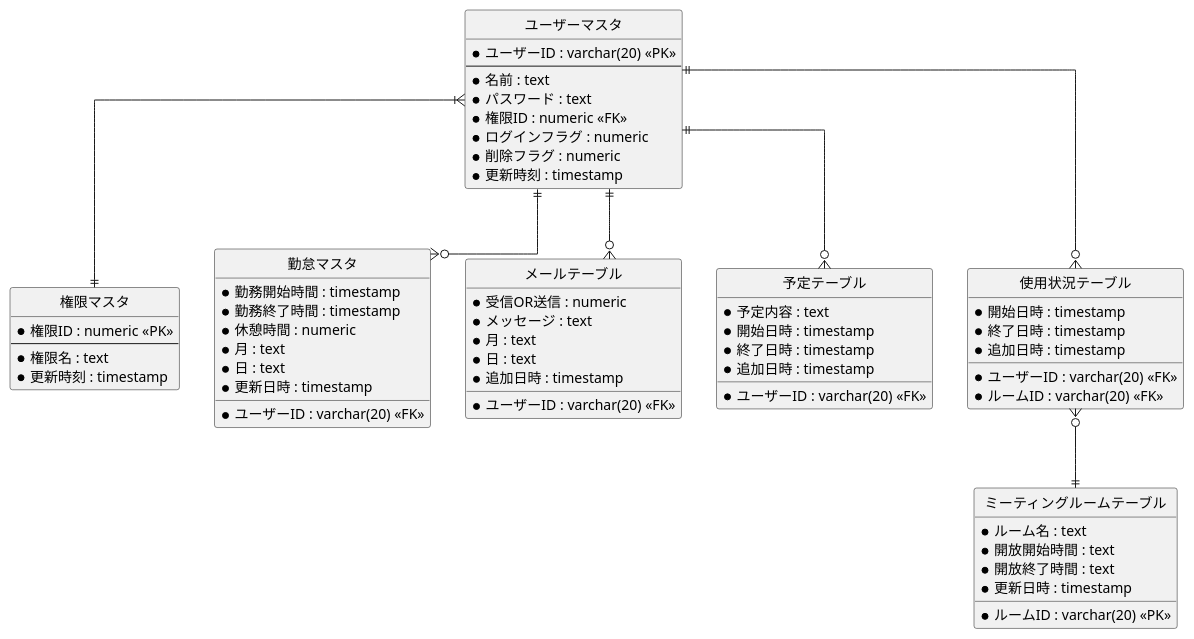
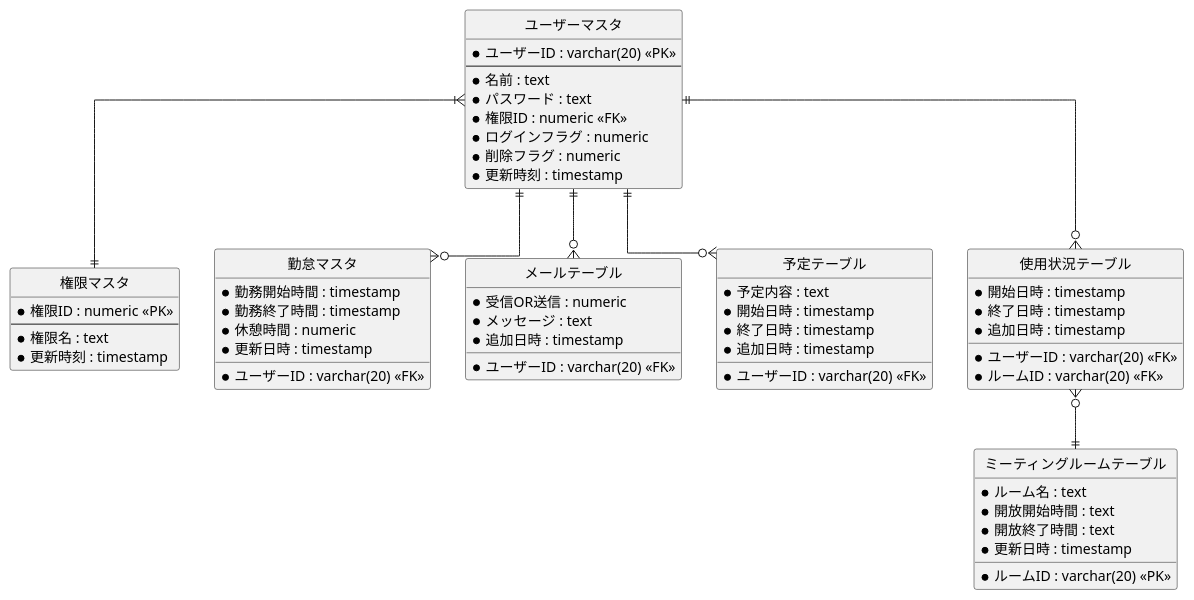
One commit to R-SAIKI/practiceUML changed the diagram in ER図/ER図.pu. Above: the diagram before and after it, drawn with PlantUML. The commit also changed 10 other files, not shown here.

```diff
--- a/ER図/ER図.pu
+++ b/ER図/ER図.pu
@@ -1,77 +1,73 @@
 @startuml
 
 ' hide the spot
 hide circle
 
 ' avoid problems with angled crows feet
 skinparam linetype ortho
 
 entity "ユーザーマスタ" as user {
   *ユーザーID : varchar(20) <<PK>>
   --
   *名前 : text
   *パスワード : text
   *権限ID : numeric <<FK>>
   *ログインフラグ : numeric
   *削除フラグ : numeric
   *更新時刻 : timestamp
 }
 
 entity "権限マスタ" as auth {
   *権限ID : numeric <<PK>> 
   --
   *権限名 : text
   *更新時刻 : timestamp
 }
 
 entity "勤怠マスタ" as attend {
   *ユーザーID : varchar(20) <<FK>>
   *勤務開始時間 : timestamp
   *勤務終了時間 : timestamp 
   *休憩時間 : numeric
-  *月 : text 
-  *日 : text 
   *更新日時 : timestamp
 }
 
 entity "メールテーブル" as mail {
   *ユーザーID : varchar(20) <<FK>>
   *受信OR送信 : numeric
   *メッセージ : text
-  *月 : text 
-  *日 : text 
   *追加日時 : timestamp
 }
 
 entity "予定テーブル" as plan {
   *ユーザーID : varchar(20) <<FK>>
   *予定内容 : text
   *開始日時 : timestamp
   *終了日時 : timestamp 
   *追加日時 : timestamp
 }
 
 entity "ミーティングルームテーブル" as meeting {
   *ルームID : varchar(20) <<PK>>
   *ルーム名 : text 
   *開放開始時間 : text
   *開放終了時間 : text
   *更新日時 : timestamp
 }
 
 entity "使用状況テーブル" as use {
   *ユーザーID : varchar(20) <<FK>>
   *ルームID : varchar(20) <<FK>>
   *開始日時 : timestamp
   *終了日時 : timestamp 
   *追加日時 : timestamp
 }
 
 user }|--|| auth
 user ||--o{ attend
 user ||--o{ mail
 user ||--o{ plan
 user ||--o{ use
 use }o--|| meeting
 
 @enduml
```
